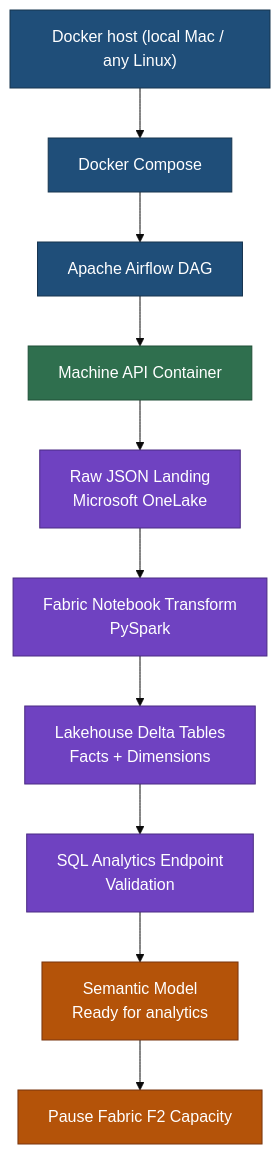
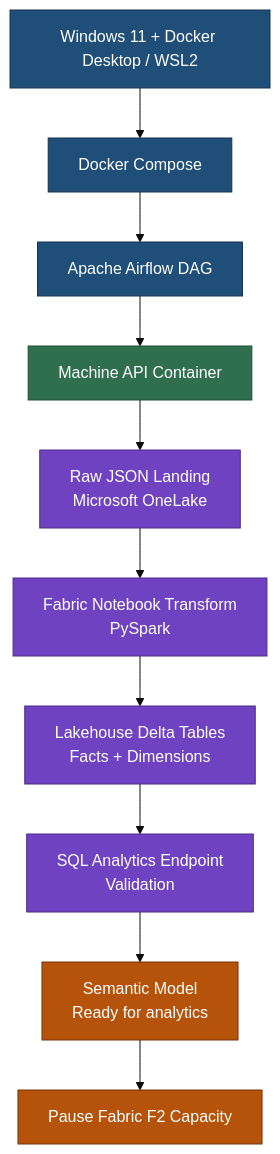
The first of 3 diagrams in README.md (Tuaaut/airflow-fabric-iot-pipeline), drawn with Mermaid (base theme) before and after one commit. The commit also changed other lines of this file and 14 other files, not shown here.

````diff
--- a/README.md
+++ b/README.md
@@ -44,22 +47,22 @@
 ```mermaid
 flowchart TD
-    A["Docker host (local Mac / any Linux)"] --> B["Docker Compose"]
+    A["Windows 11 + Docker Desktop / WSL2"] --> B["Docker Compose"]
     B --> C["Apache Airflow DAG"]
     C --> D["Machine API Container"]
     D --> E["Raw JSON Landing<br/>Microsoft OneLake"]
     E --> F["Fabric Notebook Transform<br/>PySpark"]
     F --> G["Lakehouse Delta Tables<br/>Facts + Dimensions"]
     G --> H["SQL Analytics Endpoint<br/>Validation"]
     H --> I["Semantic Model<br/>Ready for analytics"]
     I --> J["Pause Fabric F2 Capacity"]
 
     classDef orchestrator fill:#1f4e79,stroke:#16344f,color:#fff;
     classDef source fill:#2f6f4e,stroke:#1f4f37,color:#fff;
     classDef fabric fill:#6f42c1,stroke:#4b2b83,color:#fff;
     classDef semantic fill:#b45309,stroke:#78350f,color:#fff;
 
     class A,B,C orchestrator;
     class D source;
     class E,F,G,H fabric;
     class I,J semantic;
 ```
````
